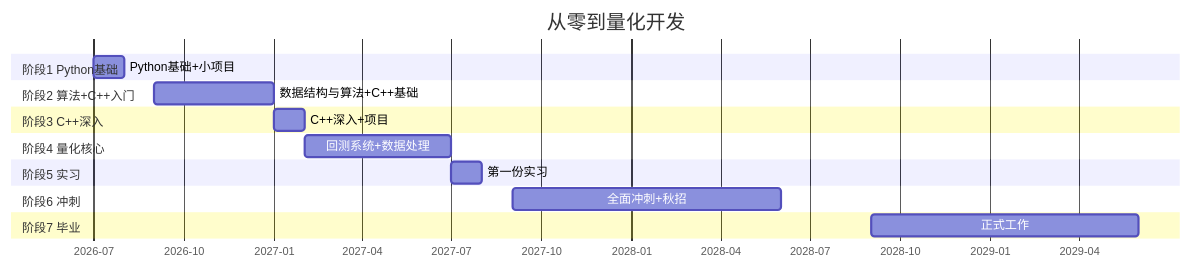
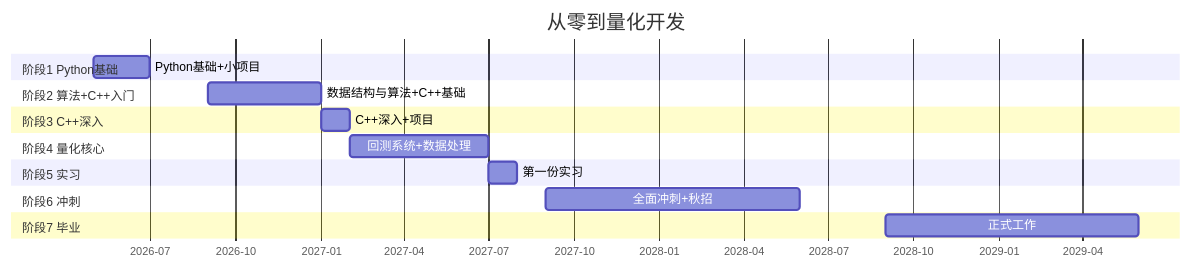
Before and after one commit to radiumno/study_plan: the diagram in resources/主脉络.md, drawn with Mermaid. The commit also changed other lines of this file and 8 other files, not shown here.

````diff
--- a/resources/主脉络.md
+++ b/resources/主脉络.md
@@ -20,27 +20,27 @@
 ```mermaid
 gantt
     title 从零到量化开发
     dateFormat  YYYY-MM
     axisFormat  %Y-%m
 
     section 阶段1 Python基础
-    Python基础+小项目          :2026-07, 2026-08
+    Python基础+小项目          :2026-05, 2026-07
 
     section 阶段2 算法+C++入门
     数据结构与算法+C++基础      :2026-09, 2027-01
 
     section 阶段3 C++深入
     C++深入+项目               :2027-01, 2027-02
 
     section 阶段4 量化核心
     回测系统+数据处理           :2027-02, 2027-07
 
     section 阶段5 实习
     第一份实习                 :2027-07, 2027-08
 
     section 阶段6 冲刺
     全面冲刺+秋招              :2027-09, 2028-06
 
     section 阶段7 毕业
     正式工作                   :2028-09, 2029-06
 ```
````
